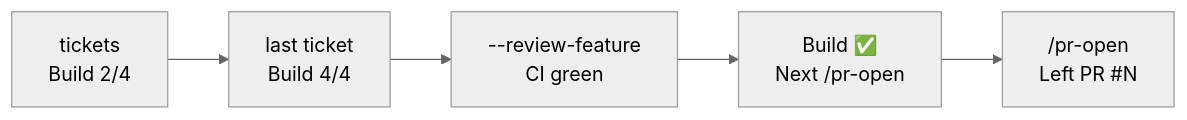
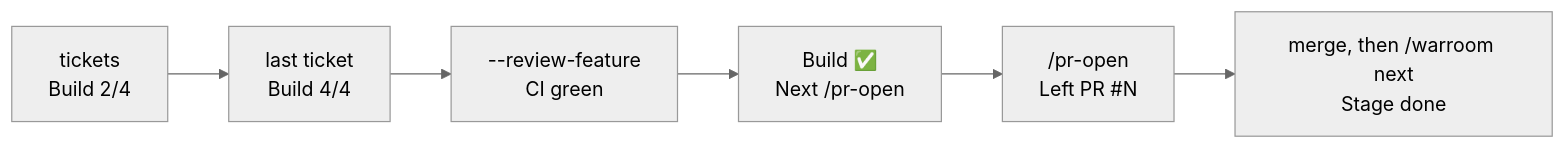
The fifth of 7 diagrams in docs/flow.md (mousemouse094526/kiki-kit), drawn with Mermaid (neutral theme) before and after one commit. The commit also changed other lines of this file and 5 other files, not shown here.

First line of the commit message:
feat(warroom): one branch per feature, and /warroom next closes merged PRs

````diff
--- a/docs/flow.md
+++ b/docs/flow.md
@@ -167,10 +167,11 @@
 ```mermaid
 flowchart LR
     T["tickets<br/>Build 2/4"]
     R["last ticket<br/>Build 4/4"]
     FR["--review-feature<br/>CI green"]
     OK["Build ✅<br/>Next /pr-open"]
     PR["/pr-open<br/>Left PR #N"]
+    MG["merge, then /warroom next<br/>Stage done"]
 
-    T --> R --> FR --> OK --> PR
+    T --> R --> FR --> OK --> PR --> MG
 ```
````
